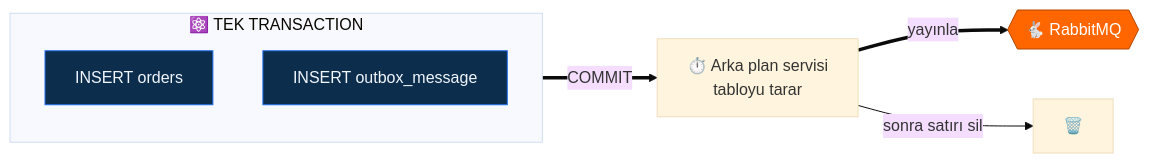
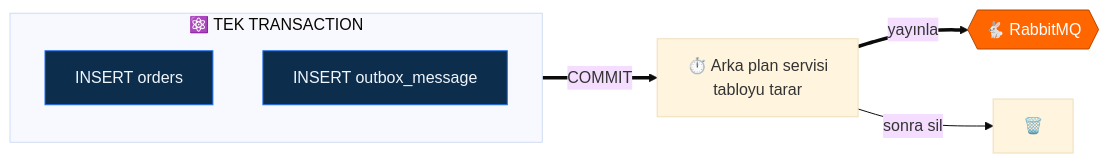
One commit to erenctns/Logistic-Microservice_Mvp changed the sixth of 7 diagrams in README.md. Above: the diagram before and after it, drawn with Mermaid (base theme). The commit also changed other lines of this file, not shown here.

````diff
--- a/README.md
+++ b/README.md
@@ -419,17 +277,15 @@
 ```mermaid
 flowchart LR
     subgraph TX["⚛️ TEK TRANSACTION"]
-        direction TB
         I1["INSERT orders"]
         I2["INSERT outbox_message"]
     end
-
     TX ==>|"COMMIT"| BG["⏱️ Arka plan servisi<br/>tabloyu tarar"]
     BG ==>|"yayınla"| R{{"🐇 RabbitMQ"}}
-    BG -->|"sonra satırı sil"| DEL["🗑️"]
+    BG -->|"sonra sil"| DEL["🗑️"]
 
     classDef tx fill:#0d2d4d,stroke:#1f6feb,color:#f0f6fc
     classDef broker fill:#ff6600,stroke:#b34700,color:#fff
     class I1,I2 tx
     class R broker
 ```
````
